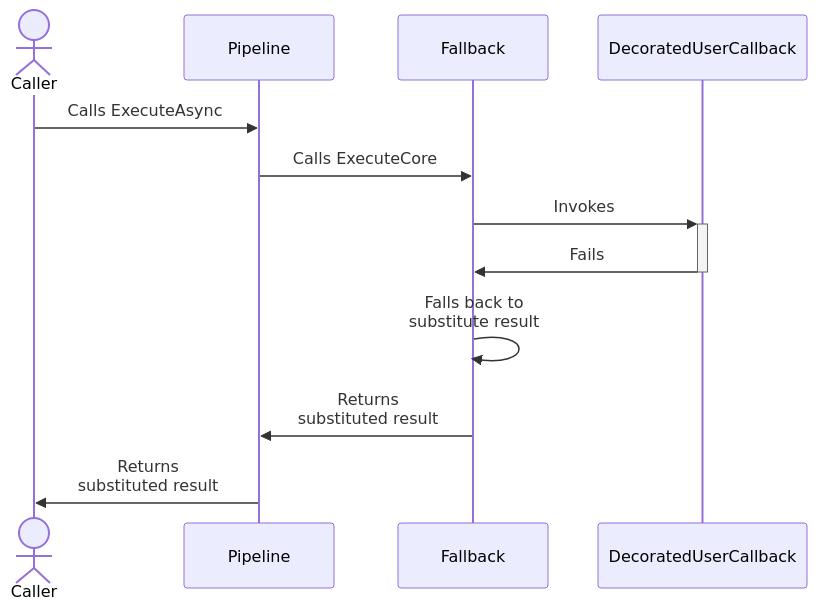
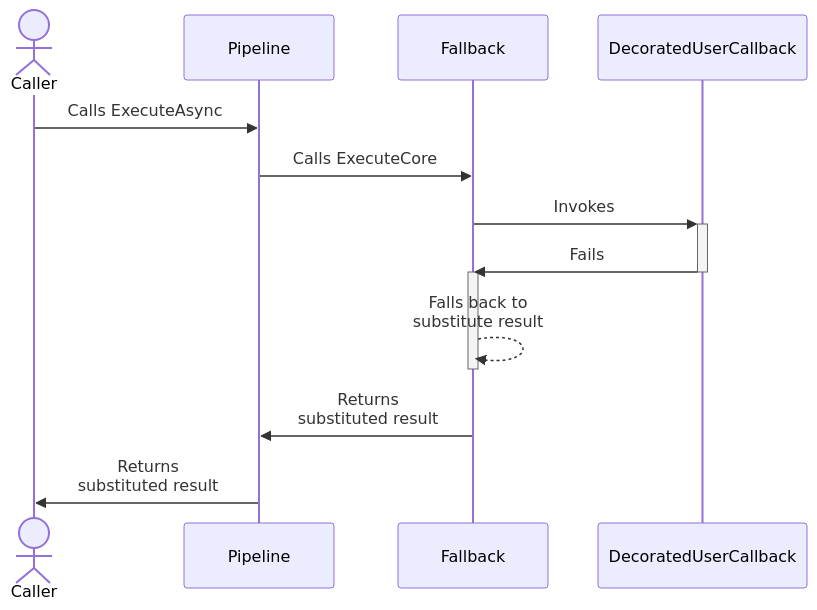
The second of 2 diagrams in docs/strategies/fallback.md (App-vNext/Polly), drawn with Mermaid before and after one commit. The commit also changed 6 other files, not shown here.

Commit message:
Add diagram to action generator hedging

````diff
--- a/docs/strategies/fallback.md
+++ b/docs/strategies/fallback.md
@@ -89,15 +89,17 @@
 ```mermaid
 sequenceDiagram
     actor C as Caller
     participant P as Pipeline
     participant F as Fallback
     participant D as DecoratedUserCallback
 
     C->>P: Calls ExecuteAsync
     P->>F: Calls ExecuteCore
     F->>+D: Invokes
     D->>-F: Fails
-    F->>F: Falls back to<br/>substitute result
+    activate F
+    F-->>F: Falls back to<br/>substitute result
+    deactivate F
     F->>P: Returns <br/>substituted result
     P->>C: Returns <br/>substituted result
 ```
````
